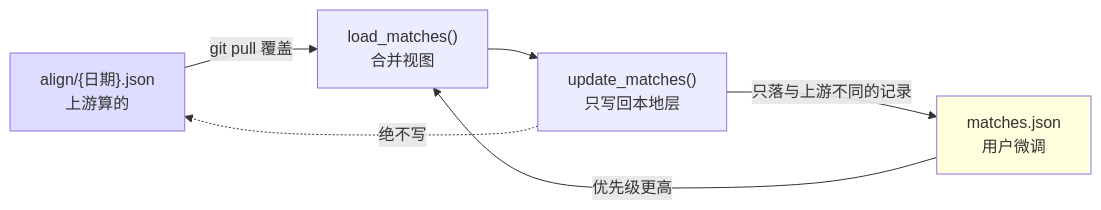
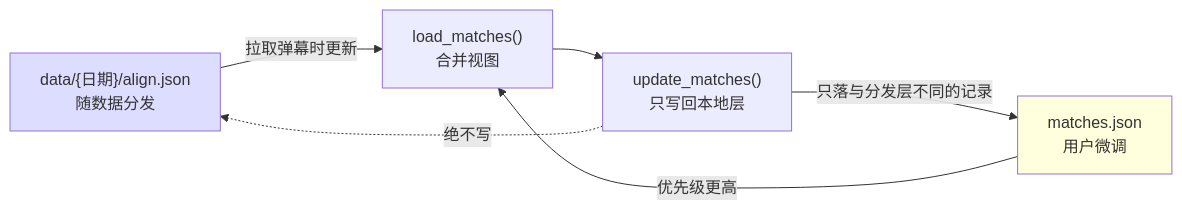
Before and after one commit to root9701/danmaku-timewarp: the third of 3 diagrams in 架构总览.md, drawn with Mermaid. The commit also changed other lines of this file and 16 other files, not shown here.

First line of the commit message:
对齐结果改为随数据分发: data/{日期}/align.json

````diff
--- a/架构总览.md
+++ b/架构总览.md
@@ -95,10 +95,10 @@
 ```mermaid
 flowchart LR
-    A["align/{日期}.json<br/>上游算的"] -->|"git pull 覆盖"| C["load_matches()<br/>合并视图"]
+    A["data/{日期}/align.json<br/>随数据分发"] -->|"拉取弹幕时更新"| C["load_matches()<br/>合并视图"]
     B["matches.json<br/>用户微调"] -->|"优先级更高"| C
     C --> D["update_matches()<br/>只写回本地层"]
-    D -->|"只落与上游不同的记录"| B
+    D -->|"只落与分发层不同的记录"| B
     D -.绝不写.-> A
     style A fill:#ddf
     style B fill:#ffd
 ```
````
